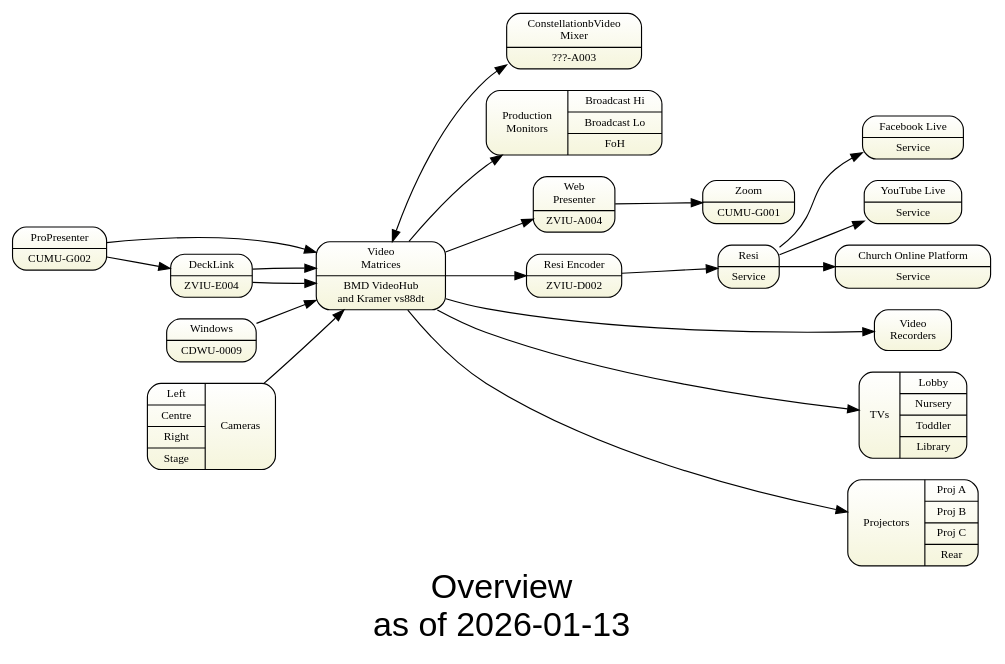
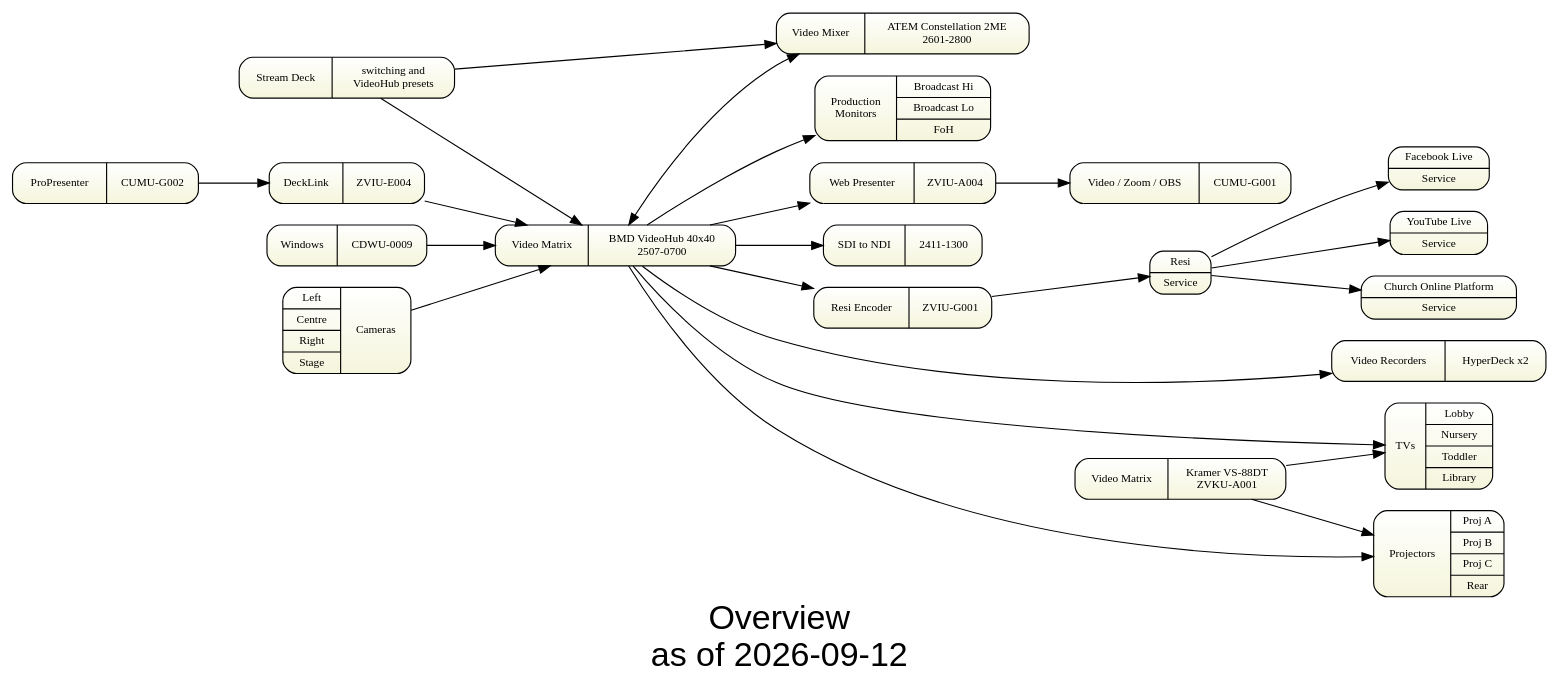
Before and after one commit to avmaint/uactechdoc: the diagram in gv/sdv-topology0-overview.gv, drawn with Graphviz. The commit also changed 4 other files, not shown here.

First line of the commit message:
Video design doc updated to VideoHub/Constellation; ops doc mechanical fixes

```diff
--- a/gv/sdv-topology0-overview.gv
+++ b/gv/sdv-topology0-overview.gv
@@ -1,55 +1,62 @@
 digraph topology0 { 
 	tooltip="General Overview"
 	
 graph [overlap = true, fontsize = 30, rankdir=LR 
-      label="Overview\nas of 2026-01-13",
+      label="Overview\nas of 2026-09-12",
       fontname = Helvetica]
 
 node [shape=Mrecord, tooltip="" fontsize = 10, 
       fillcolor="white:beige" , style=filled  
       gradientangle=270]
       
-vid_matrices  [label="Video\nMatrices|BMD VideoHub\nand Kramer vs88dt"]
-constellation [label="Constellation\bVideo\nMixer|???-A003"]
+videohub      [label="{Video Matrix|BMD VideoHub 40x40\n2507-0700}"]
+vs88          [label="{Video Matrix|Kramer VS-88DT\nZVKU-A001}"]
+constellation [label="{Video Mixer|ATEM Constellation 2ME\n2601-2800}"]
+streamdeck    [label="{Stream Deck|switching and\nVideoHub presets}"]
 prod_monitors [label="{Production\nMonitors|{Broadcast Hi|Broadcast Lo|FoH}}"]
-cumug002    [label="ProPresenter|CUMU-G002"]
-cumug001    [label="Zoom|CUMU-G001"]
-cdwu0009    [label="Windows|CDWU-0009"]
-wp          [label="Web\nPresenter|ZVIU-A004"] 
-zviud002    [label="Resi Encoder|ZVIU-D002"]
-resi        [label="Resi|Service"]
-facebook    [label="Facebook Live|Service"]
-youtube     [label="YouTube Live|Service"]
-chop        [label="Church Online Platform|Service"]
-recorders   [label="Video\nRecorders"]
-zviue004    [label="DeckLink|ZVIU-E004"]
-tvs         [label="{TVs|{Lobby|Nursery|Toddler|Library}}"]
-cameras     [label="{{Left|Centre|Right|Stage}|Cameras}"]
-projectors  [label="{Projectors|{Proj A | Proj B | Proj C | Rear}}"]
+cumug002      [label="{ProPresenter|CUMU-G002}"]
+zviue004      [label="{DeckLink|ZVIU-E004}"]
+cumug001      [label="{Video / Zoom / OBS|CUMU-G001}"]
+cdwu0009      [label="{Windows|CDWU-0009}"]
+wp            [label="{Web Presenter|ZVIU-A004}"] 
+ndi           [label="{SDI to NDI|2411-1300}"]
+resienc       [label="{Resi Encoder|ZVIU-G001}"]
+resi          [label="Resi|Service"]
+facebook      [label="Facebook Live|Service"]
+youtube       [label="YouTube Live|Service"]
+chop          [label="Church Online Platform|Service"]
+recorders     [label="{Video Recorders|HyperDeck x2}"]
+tvs           [label="{TVs|{Lobby|Nursery|Toddler|Library}}"]
+cameras       [label="{{Left|Centre|Right|Stage}|Cameras}"]
+projectors    [label="{Projectors|{Proj A | Proj B | Proj C | Rear}}"]
 
 cumug002 -> zviue004
 
-zviud002 -> resi
-resi     -> facebook
-resi     -> youtube
-resi     -> chop 
- 
-wp -> cumug001  
+cameras  -> videohub
+zviue004 -> videohub
+cdwu0009 -> videohub
 
-cameras -> vid_matrices
-cumug002 -> vid_matrices 
-zviue004 -> vid_matrices
-zviue004 -> vid_matrices
-cdwu0009 -> vid_matrices
+videohub -> constellation [dir="both"]
+streamdeck -> constellation
+streamdeck -> videohub
 
-vid_matrices -> wp
-vid_matrices -> projectors
-vid_matrices -> recorders
-vid_matrices -> tvs
-vid_matrices -> zviud002
-vid_matrices -> prod_monitors
-vid_matrices -> constellation [dir="both"]
+videohub -> projectors
+videohub -> recorders
+videohub -> resienc
+videohub -> wp
+videohub -> ndi
+videohub -> prod_monitors
+videohub -> tvs
+vs88     -> projectors
+vs88     -> tvs
+
+wp  -> cumug001  
+
+resienc -> resi
+resi    -> facebook
+resi    -> youtube
+resi    -> chop 
 
 {rank=same; facebook youtube chop projectors recorders tvs}
  
 } 
```
